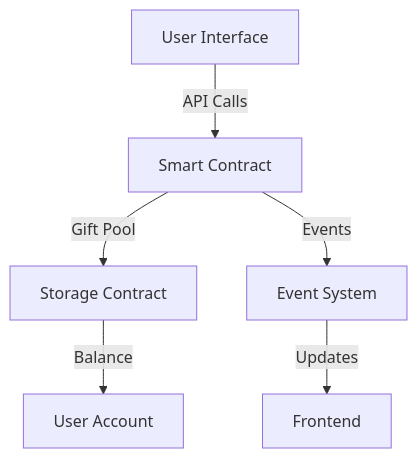
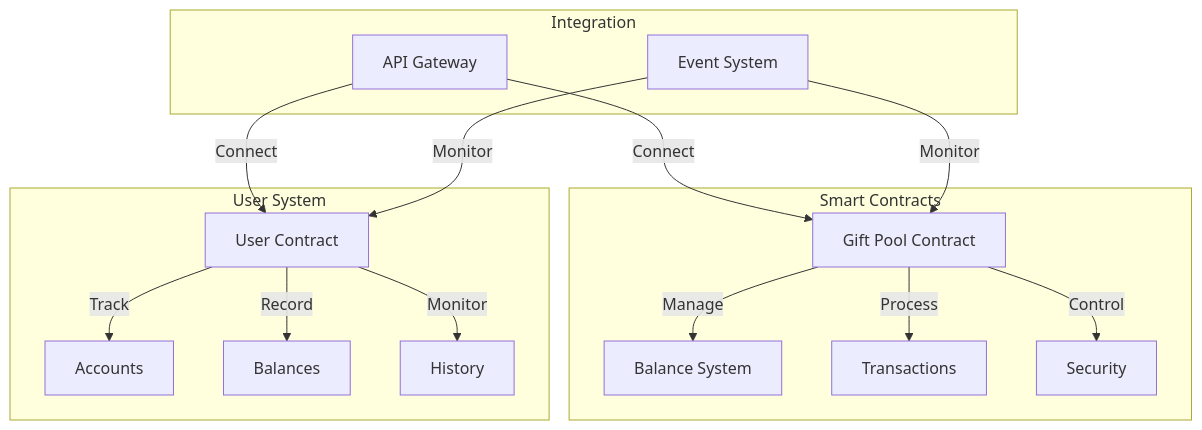
One commit to MEMEFANS/memefans changed the second of 15 diagrams in docs/technical-details.md. Above: the diagram before and after it, drawn with Mermaid. The commit also changed other lines of this file and 21 other files, not shown here.

Commit message:
docs: update market strategy and technical details with comprehensive diagrams

````diff
--- a/docs/technical-details.md
+++ b/docs/technical-details.md
@@ -21,8 +34,21 @@
 ```mermaid
 graph TD
-    A[User Interface] -->|API Calls| B[Smart Contract]
-    B -->|Gift Pool| C[Storage Contract]
-    B -->|Events| D[Event System]
-    D -->|Updates| E[Frontend]
-    C -->|Balance| F[User Account]
+    subgraph Smart Contracts
+        A[Gift Pool Contract] -->|Manage| B[Balance System]
+        A -->|Process| C[Transactions]
+        A -->|Control| D[Security]
+    end
+    
+    subgraph User System
+        E[User Contract] -->|Track| F[Accounts]
+        E -->|Record| G[Balances]
+        E -->|Monitor| H[History]
+    end
+    
+    subgraph Integration
+        I[API Gateway] -->|Connect| A
+        I -->|Connect| E
+        J[Event System] -->|Monitor| A
+        J -->|Monitor| E
+    end
 ```
````
